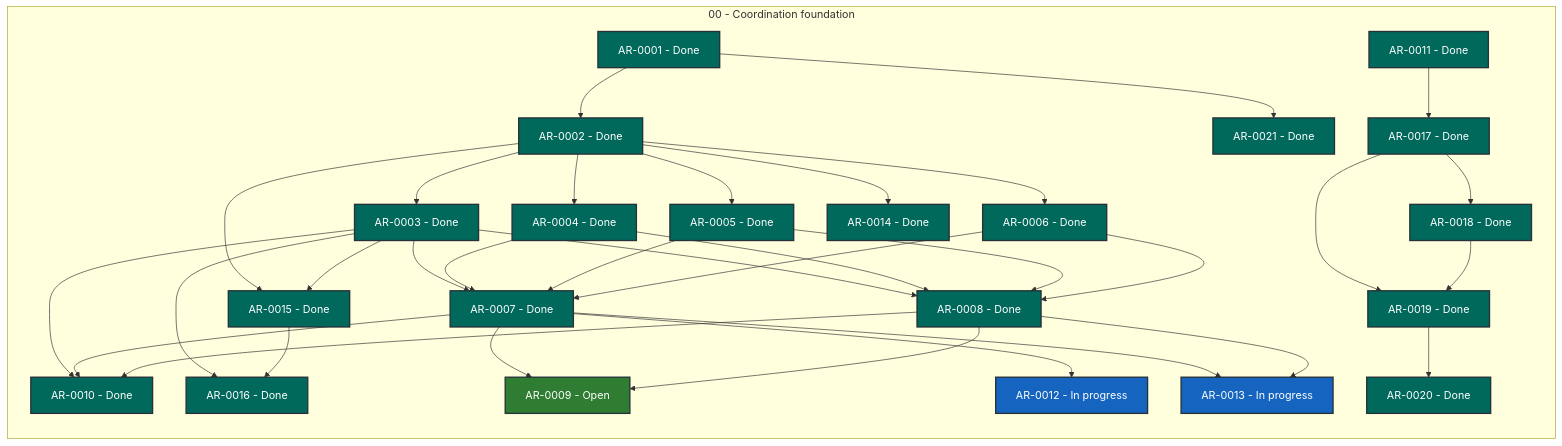
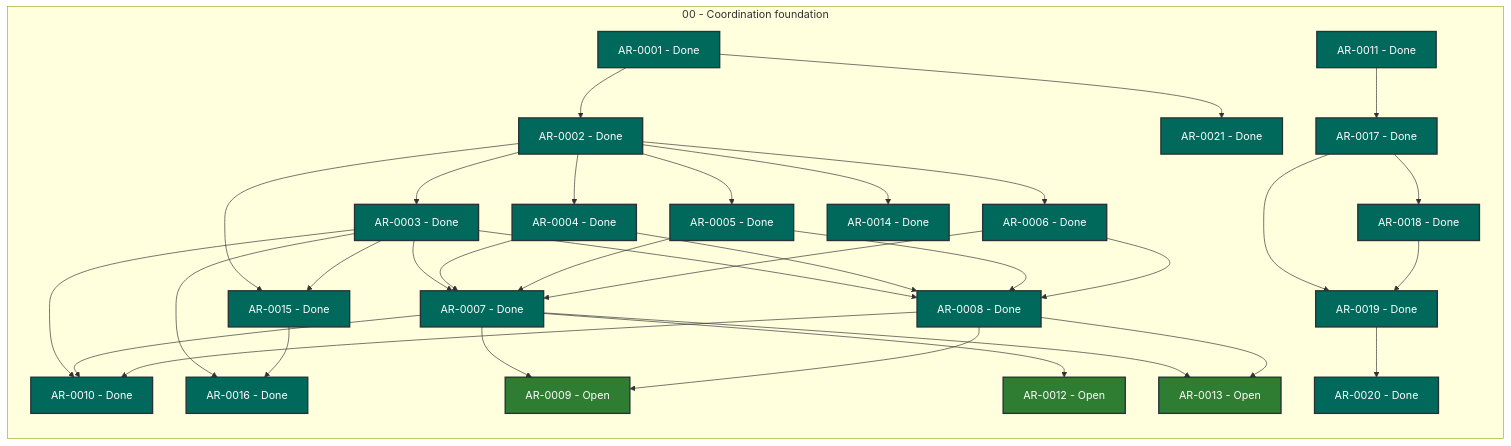
The diagram in STATUS.md (martin-beck/agent-workflow-coordinator-state), drawn with Mermaid before and after one commit. The commit also changed other lines of this file and 3 other files, not shown here.

````diff
--- a/STATUS.md
+++ b/STATUS.md
@@ -27,67 +27,67 @@
 ```mermaid
 flowchart LR
     subgraph series_00["00 - Coordination foundation"]
         direction TB
         AR_0001["AR-0001 - Done"]:::status_done
         AR_0002["AR-0002 - Done"]:::status_done
         AR_0003["AR-0003 - Done"]:::status_done
         AR_0004["AR-0004 - Done"]:::status_done
         AR_0005["AR-0005 - Done"]:::status_done
         AR_0006["AR-0006 - Done"]:::status_done
         AR_0007["AR-0007 - Done"]:::status_done
         AR_0008["AR-0008 - Done"]:::status_done
         AR_0009["AR-0009 - Open"]:::status_open
         AR_0010["AR-0010 - Done"]:::status_done
         AR_0011["AR-0011 - Done"]:::status_done
-        AR_0012["AR-0012 - In progress"]:::status_in_progress
-        AR_0013["AR-0013 - In progress"]:::status_in_progress
+        AR_0012["AR-0012 - Open"]:::status_open
+        AR_0013["AR-0013 - Open"]:::status_open
         AR_0014["AR-0014 - Done"]:::status_done
         AR_0015["AR-0015 - Done"]:::status_done
         AR_0016["AR-0016 - Done"]:::status_done
         AR_0017["AR-0017 - Done"]:::status_done
         AR_0018["AR-0018 - Done"]:::status_done
         AR_0019["AR-0019 - Done"]:::status_done
         AR_0020["AR-0020 - Done"]:::status_done
         AR_0021["AR-0021 - Done"]:::status_done
     end
     AR_0001 --> AR_0002
     AR_0001 --> AR_0021
     AR_0002 --> AR_0003
     AR_0002 --> AR_0004
     AR_0002 --> AR_0005
     AR_0002 --> AR_0006
     AR_0002 --> AR_0014
     AR_0002 --> AR_0015
     AR_0003 --> AR_0007
     AR_0003 --> AR_0008
     AR_0003 --> AR_0010
     AR_0003 --> AR_0015
     AR_0003 --> AR_0016
     AR_0004 --> AR_0007
     AR_0004 --> AR_0008
     AR_0005 --> AR_0007
     AR_0005 --> AR_0008
     AR_0006 --> AR_0007
     AR_0006 --> AR_0008
     AR_0007 --> AR_0009
     AR_0007 --> AR_0010
     AR_0007 --> AR_0012
     AR_0007 --> AR_0013
     AR_0008 --> AR_0009
     AR_0008 --> AR_0010
     AR_0008 --> AR_0013
     AR_0011 --> AR_0017
     AR_0015 --> AR_0016
     AR_0017 --> AR_0018
     AR_0017 --> AR_0019
     AR_0018 --> AR_0019
     AR_0019 --> AR_0020
     classDef status_in_progress fill:#1565c0,color:#ffffff,stroke:#263238,stroke-width:2px
     classDef status_open fill:#2e7d32,color:#ffffff,stroke:#263238,stroke-width:2px
     classDef status_blocked fill:#c62828,color:#ffffff,stroke:#263238,stroke-width:2px
     classDef status_planned fill:#6a1b9a,color:#ffffff,stroke:#263238,stroke-width:2px
     classDef status_future fill:#455a64,color:#ffffff,stroke:#263238,stroke-width:2px
     classDef status_done fill:#00695c,color:#ffffff,stroke:#263238,stroke-width:2px
     classDef status_cancelled fill:#616161,color:#ffffff,stroke:#263238,stroke-width:2px
     classDef status_superseded fill:#5d4037,color:#ffffff,stroke:#263238,stroke-width:2px
 ```
````
